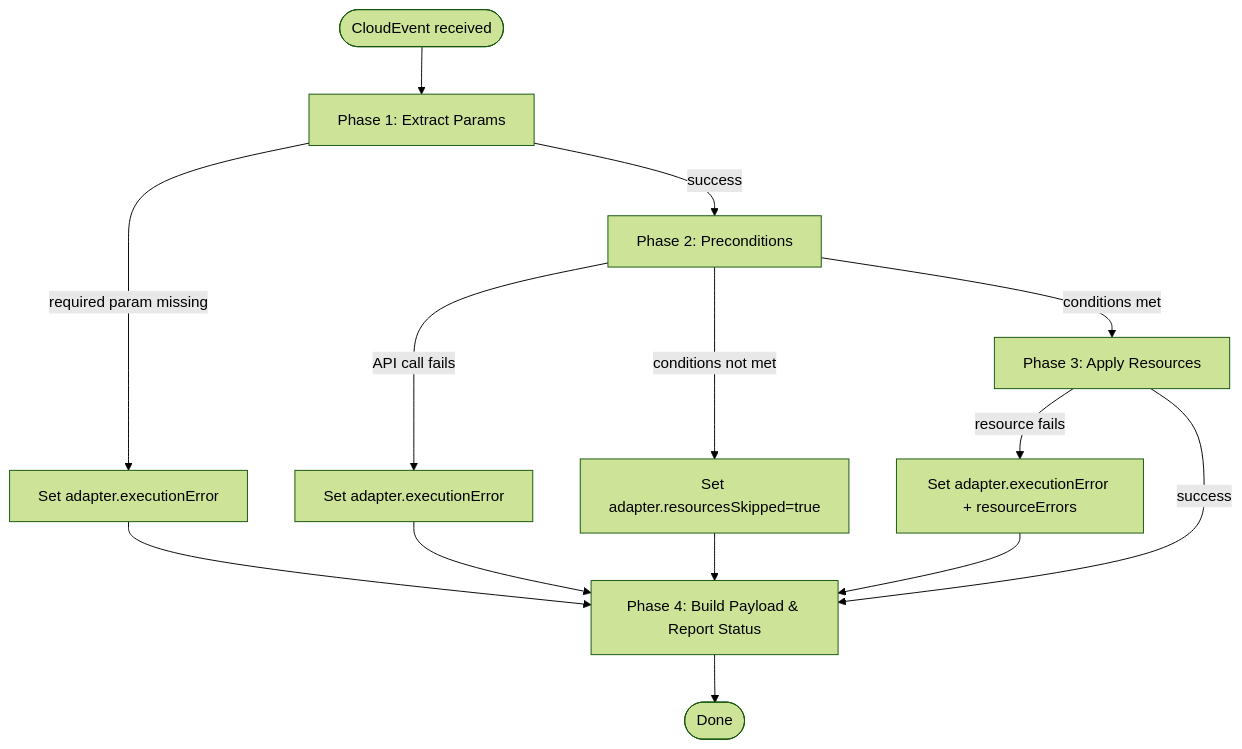
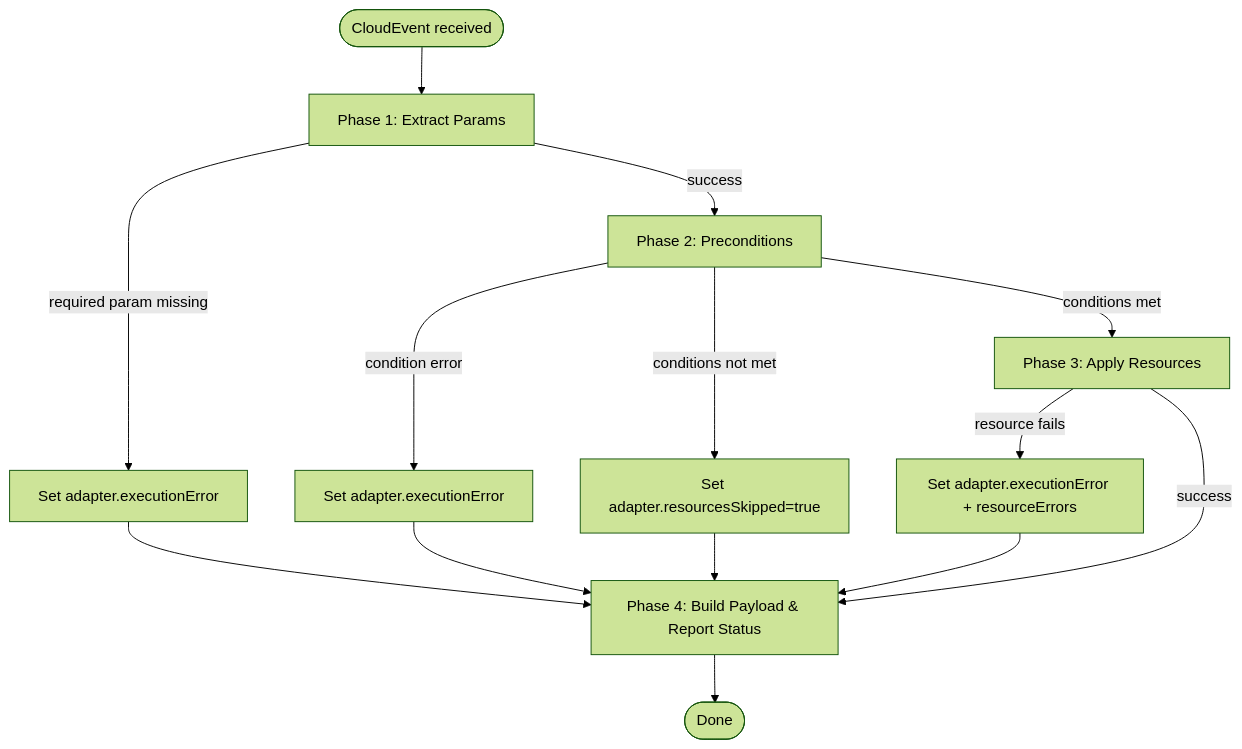
The third of 4 diagrams in docs/adapter-authoring-guide.md (openshift-hyperfleet/hyperfleet-api), drawn with Mermaid (forest theme) before and after one commit. The commit also changed other lines of this file and 23 other files, not shown here.

Commit message:
HYPERFLEET-1290 - feat: move api_call as param source type

````diff
--- a/docs/adapter-authoring-guide.md
+++ b/docs/adapter-authoring-guide.md
@@ -139,17 +139,17 @@
 ```mermaid
 flowchart TD
     START([CloudEvent received]) --> PARAMS[Phase 1: Extract Params]
     PARAMS -->|required param missing| FAIL_PARAMS[Set adapter.executionError]
     FAIL_PARAMS --> POST
     PARAMS -->|success| PRECOND[Phase 2: Preconditions]
-    PRECOND -->|API call fails| FAIL_PRECOND[Set adapter.executionError]
+    PRECOND -->|condition error| FAIL_PRECOND[Set adapter.executionError]
     FAIL_PRECOND --> POST
     PRECOND -->|conditions not met| SKIP[Set adapter.resourcesSkipped=true]
     SKIP --> POST
     PRECOND -->|conditions met| RESOURCES[Phase 3: Apply Resources]
     RESOURCES -->|resource fails| FAIL_RES[Set adapter.executionError + resourceErrors]
     FAIL_RES --> POST
     RESOURCES -->|success| POST
     POST[Phase 4: Build Payload & Report Status]
     POST --> DONE([Done])
 ```
````
